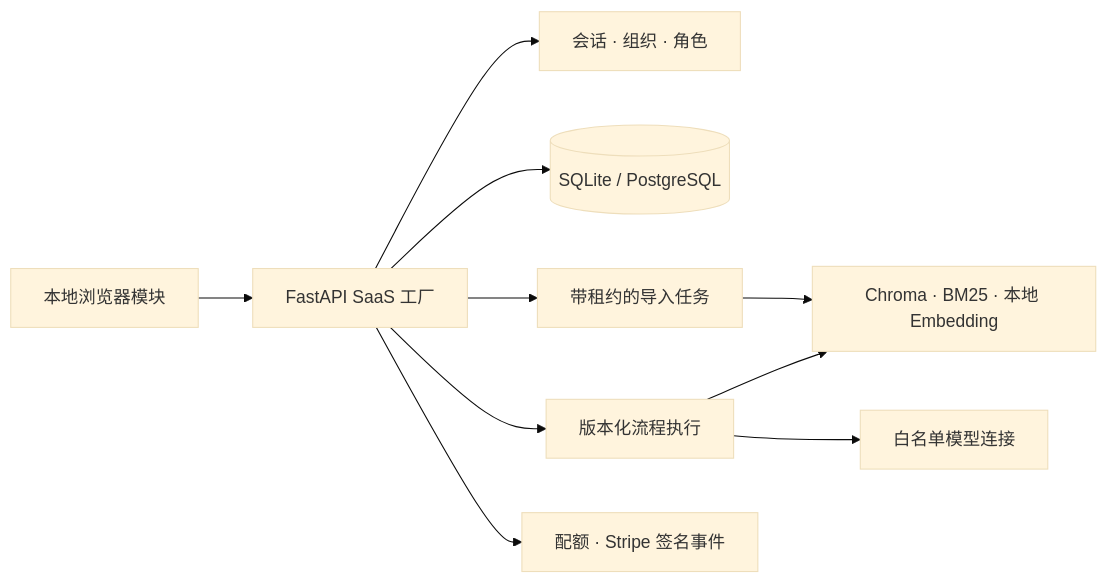
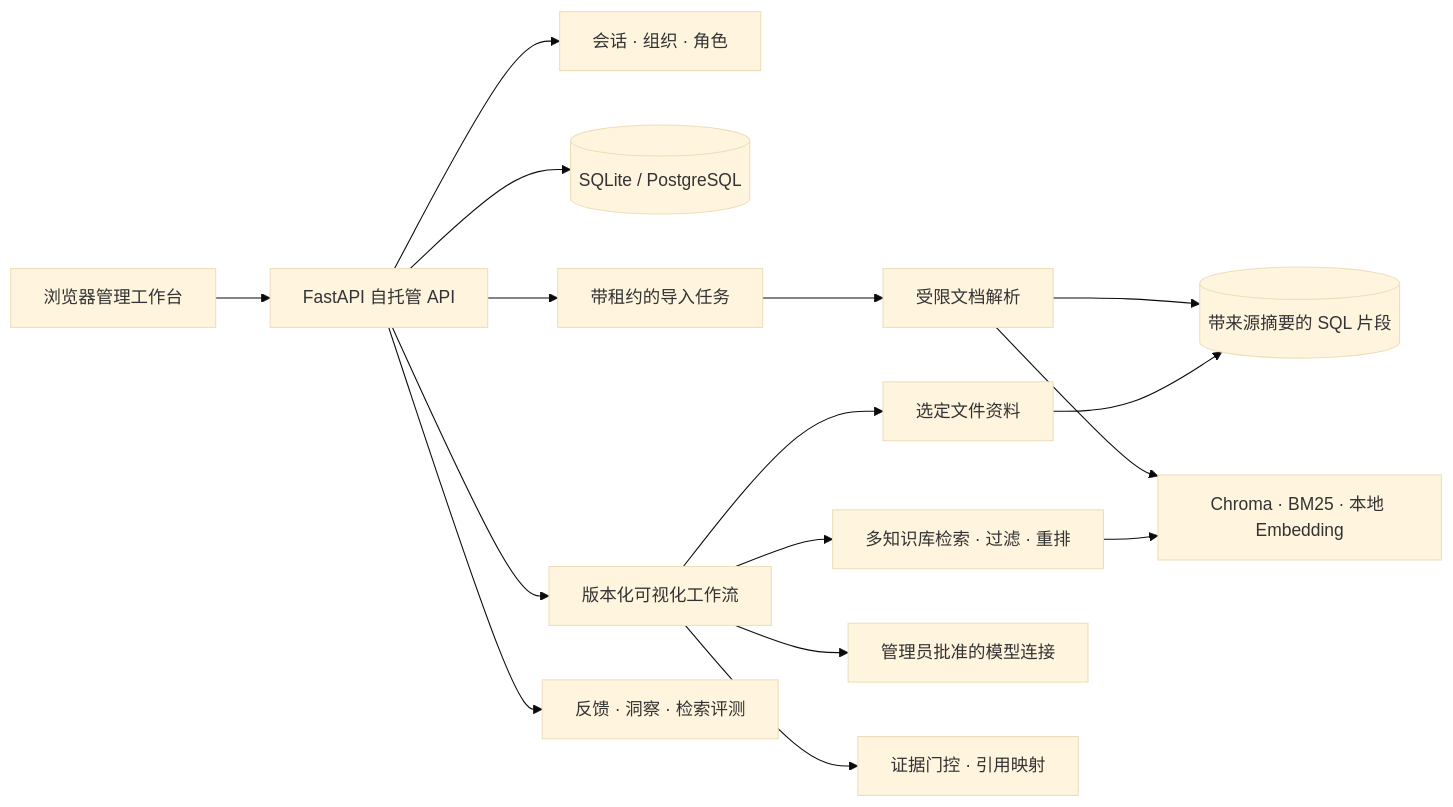
Before and after one commit to KaiserIIII/universal-knowledge-base: the diagram in README_zh.md, drawn with Mermaid (base theme). The commit also changed other lines of this file and 76 other files, not shown here.

````diff
--- a/README_zh.md
+++ b/README_zh.md
@@ -26,12 +30,18 @@
 ```mermaid
 flowchart LR
-    UI[本地浏览器模块] --> API[FastAPI SaaS 工厂]
-    API --> Identity[会话 · 组织 · 角色]
+    Browser[浏览器管理工作台] --> API[FastAPI 自托管 API]
+    API --> Auth[会话 · 组织 · 角色]
     API --> SQL[(SQLite / PostgreSQL)]
     API --> Jobs[带租约的导入任务]
-    Jobs --> Index[Chroma · BM25 · 本地 Embedding]
-    API --> Graph[版本化流程执行]
-    Graph --> Index
-    Graph --> Models[白名单模型连接]
-    API --> Billing[配额 · Stripe 签名事件]
+    Jobs --> Parse[受限文档解析]
+    Parse --> Chunks[(带来源摘要的 SQL 片段)]
+    Parse --> Index[Chroma · BM25 · 本地 Embedding]
+    API --> Graph[版本化可视化工作流]
+    Graph --> Files[选定文件资料]
+    Files --> Chunks
+    Graph --> Retrieve[多知识库检索 · 过滤 · 重排]
+    Retrieve --> Index
+    Graph --> Models[管理员批准的模型连接]
+    Graph --> Evidence[证据门控 · 引用映射]
+    API --> Ops[反馈 · 洞察 · 检索评测]
 ```
````
